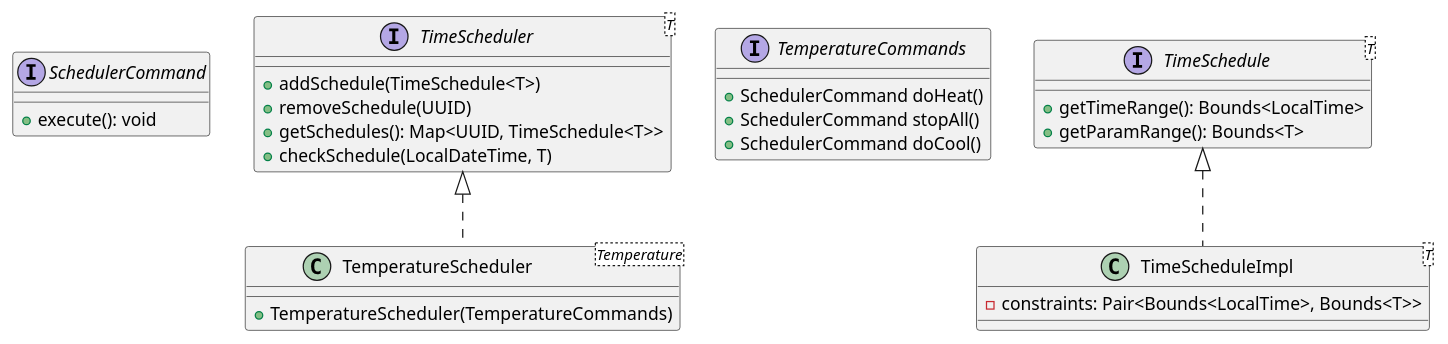
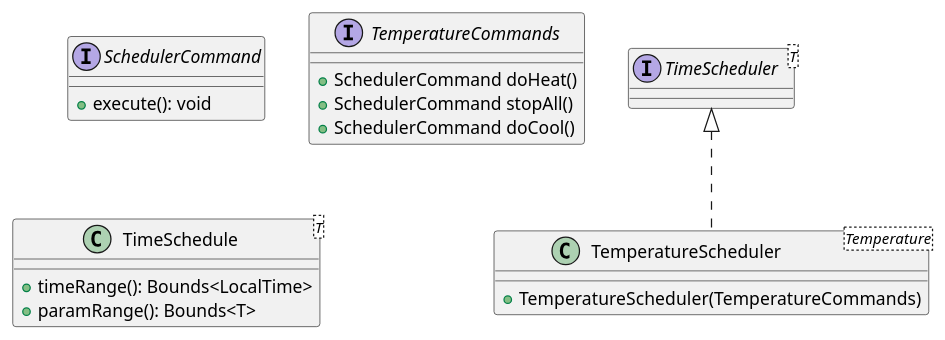
Before and after one commit to progetto-oop-22-23/OOP-report: the diagram in uml/magnani/scheduler.plantuml, drawn with PlantUML.

Commit message:
[uml] add old changes to scheduler

```diff
--- a/uml/magnani/scheduler.plantuml
+++ b/uml/magnani/scheduler.plantuml
@@ -1,33 +1,26 @@
 @startuml scheduler
 
 interface SchedulerCommand {
 	+ execute(): void
 }
 
 interface TimeScheduler<T> {
-	+ addSchedule(TimeSchedule<T>)
-	+ removeSchedule(UUID)
-	+ getSchedules(): Map<UUID, TimeSchedule<T>>
-	+ checkSchedule(LocalDateTime, T)
+
 }
 
 interface TemperatureCommands {
 	+ SchedulerCommand doHeat()
 	+ SchedulerCommand stopAll()
 	+ SchedulerCommand doCool()
 }
 
 class TemperatureScheduler<Temperature> implements TimeScheduler {
 	+ TemperatureScheduler(TemperatureCommands)
 }
 
-interface TimeSchedule<T> {
-	+ getTimeRange(): Bounds<LocalTime>
-	+ getParamRange(): Bounds<T>
-}
-
-class TimeScheduleImpl<T> implements TimeSchedule {
-	- constraints: Pair<Bounds<LocalTime>, Bounds<T>>
+class TimeSchedule<T> {
+	+ timeRange(): Bounds<LocalTime>
+	+ paramRange(): Bounds<T>
 }
 
 @enduml
```
